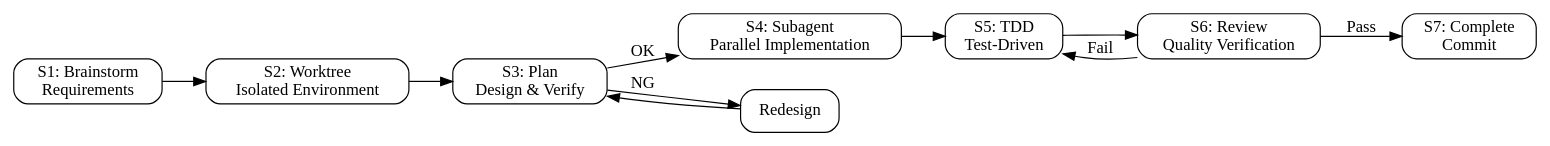
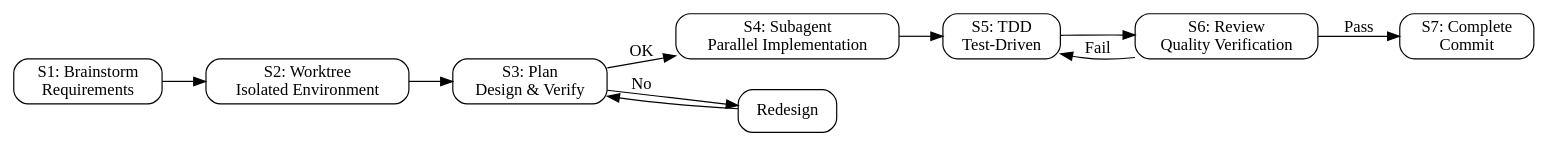
The diagram in part7-workflows/seven-stage-workflow.dot (forest6511/claude-code-in-production), drawn with Graphviz before and after one commit.

Commit message:
fix: change NG to No in seven-stage-workflow.dot

```diff
--- a/part7-workflows/seven-stage-workflow.dot
+++ b/part7-workflows/seven-stage-workflow.dot
@@ -1,21 +1,21 @@
 digraph seven_stage {
   rankdir=LR;
   node [shape=box, style=rounded];
 
   brainstorm [label="S1: Brainstorm\nRequirements"];
   worktree   [label="S2: Worktree\nIsolated Environment"];
   plan       [label="S3: Plan\nDesign & Verify"];
   subagent   [label="S4: Subagent\nParallel Implementation"];
   tdd        [label="S5: TDD\nTest-Driven"];
   review     [label="S6: Review\nQuality Verification"];
   complete   [label="S7: Complete\nCommit"];
   reject     [label="Redesign"];
 
   brainstorm -> worktree -> plan;
   plan -> subagent [label="OK"];
-  plan -> reject   [label="NG"];
+  plan -> reject   [label="No"];
   reject -> plan;
   subagent -> tdd -> review;
   review -> complete [label="Pass"];
   review -> tdd      [label="Fail"];
 }
```
